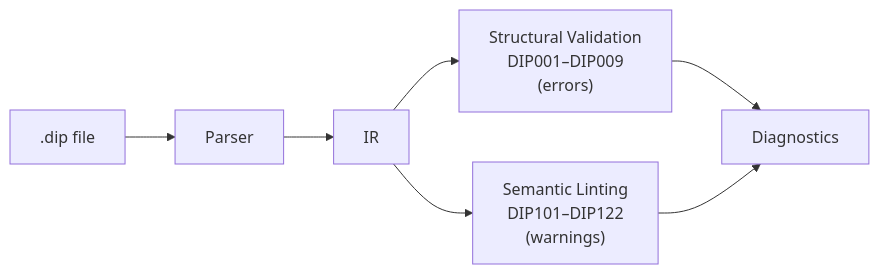
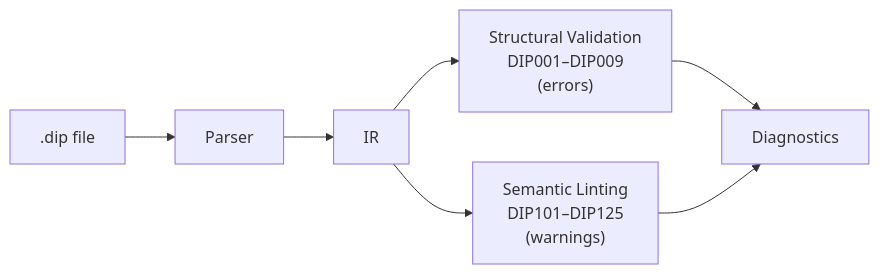
The diagram in docs/validation.md (michellepellon/dippin-lang), drawn with Mermaid before and after one commit. The commit also changed other lines of this file and 14 other files, not shown here.

````diff
--- a/docs/validation.md
+++ b/docs/validation.md
@@ -10,9 +10,9 @@
 ```mermaid
 graph LR
     SRC[".dip file"] --> PARSE["Parser"]
     PARSE --> IR["IR"]
     IR --> VAL["Structural Validation<br>DIP001–DIP009<br>(errors)"]
-    IR --> LINT["Semantic Linting<br>DIP101–DIP122<br>(warnings)"]
+    IR --> LINT["Semantic Linting<br>DIP101–DIP125<br>(warnings)"]
     VAL --> DIAG["Diagnostics"]
     LINT --> DIAG
 ```
````
